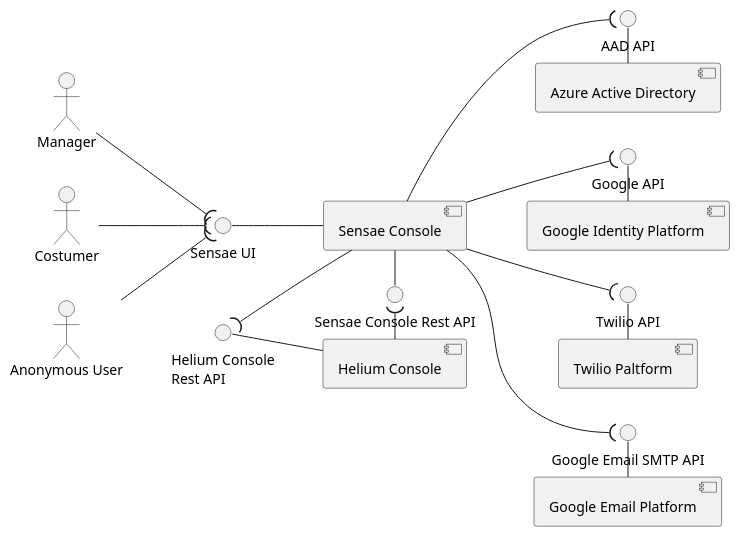
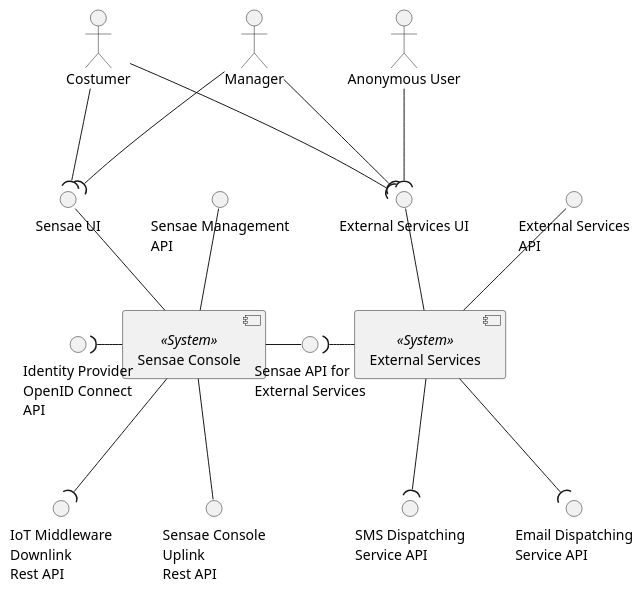
One commit to FilipeMCruz/dissertation changed the diagram in assets/diagrams/design/architectural/level1/logical-view.pu. Above: the diagram before and after it, drawn with PlantUML. The commit also changed 170 other files, not shown here.

```diff
--- a/assets/diagrams/design/architectural/level1/logical-view.pu
+++ b/assets/diagrams/design/architectural/level1/logical-view.pu
@@ -1,52 +1,47 @@
 @startuml logical-view
-
-left to right direction
 
 skinparam Monochrome true
 skinparam sequenceMessageAlign center
 skinparam componentStyle uml2
 skinparam packageStyle rectangle
 
-[Sensae Console] as S
-[Helium Console] as HC
-[Azure Active Directory] as AAD
-[Google Identity Platform] as GIP
-
-[Twilio Paltform] as SMS
-[Google Email Platform] as EMAIL
+[Sensae Console] as S <<System>>
+[External Services] as EXTER <<System>>
 
 () "Sensae UI" as UI
-() "Helium Console\nRest API" as OUT_ENDPOINT
-() "Sensae Console Rest API" as IN_ENDPOINT
+() "Sensae Management\nAPI" as API
+() "Sensae API for\nExternal Services" as DATA_API
+() "IoT Middleware\nDownlink\nRest API" as OUT_ENDPOINT
+() "Sensae Console\nUplink\nRest API" as IN_ENDPOINT
+() "Identity Provider\nOpenID Connect\nAPI" as OPEN_ID
+() "External Services UI" as EXTER_UI
+() "External Services\nAPI" as EXTER_API
+() "SMS Dispatching\nService API" as SMS
+() "Email Dispatching\nService API" as EMAIL
 
-() "AAD API" as AZURE_ENDPOINT
-() "Google API" as GOOGLE_ENDPOINT
+API -- S
+UI -- S
+EXTER_UI -- EXTER
+EXTER_API -- EXTER
+S - DATA_API
+OPEN_ID )- S
+S -- IN_ENDPOINT
 
-() "Twilio API" as SMS_ENDPOINT
-() "Google Email SMTP API" as EMAIL_ENDPOINT
+S --( OUT_ENDPOINT
 
-actor "Manager" as Client
-actor "Costumer" as Tenant
+EXTER --( EMAIL
+EXTER --( SMS
+
+actor "Manager" as Manager
+actor "Costumer" as Costumer
 actor "Anonymous User" as Anonymous
 
-Client --( UI
-Tenant --( UI
-Anonymous --( UI
+Manager --( UI
+Manager --( EXTER_UI
+Costumer --( UI
+Costumer --( EXTER_UI
+Anonymous --( EXTER_UI
 
-UI -- S
-S - IN_ENDPOINT
-OUT_ENDPOINT -- HC
-S --( AZURE_ENDPOINT
-S --( GOOGLE_ENDPOINT
-S --( EMAIL_ENDPOINT
-S --( SMS_ENDPOINT
-
-IN_ENDPOINT )- HC
-OUT_ENDPOINT )- S
-AZURE_ENDPOINT - AAD
-GOOGLE_ENDPOINT - GIP
-
-SMS_ENDPOINT - SMS
-EMAIL_ENDPOINT - EMAIL
+DATA_API )- EXTER
 
 @enduml
```
